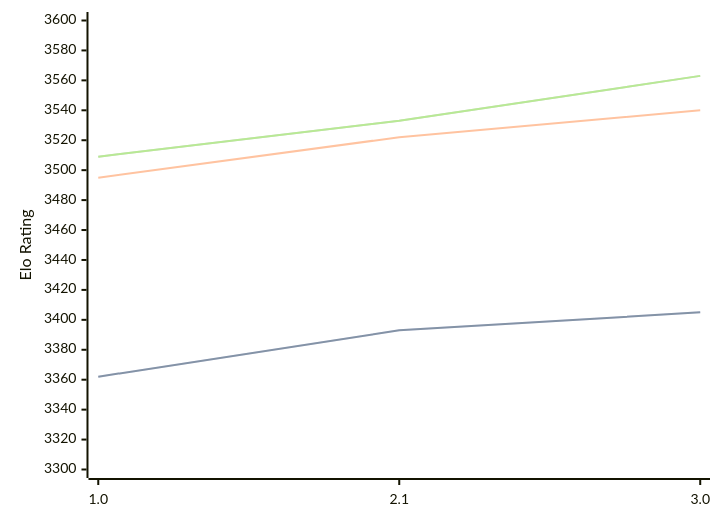
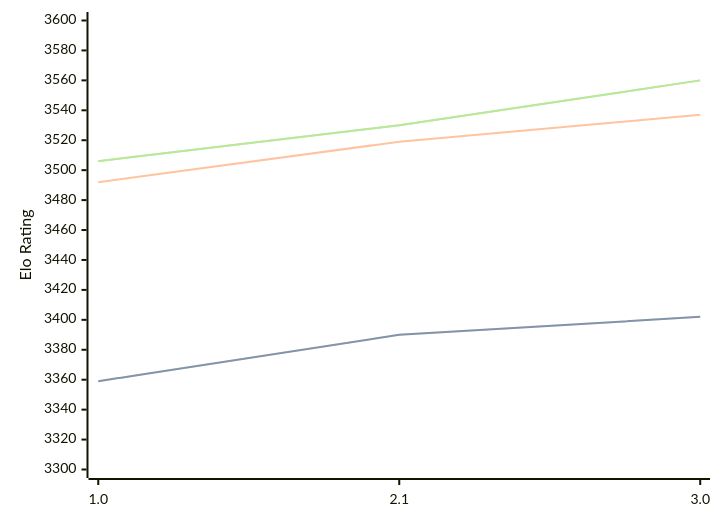
The diagram in engines/Hobbes.md (computer-chess-index/cci), drawn with Mermaid before and after one commit. The commit also changed other lines of this file, not shown here.

Commit message:
Update CCI Ratings (ELO VLTC) - 2026-08-12

````diff
--- a/engines/Hobbes.md
+++ b/engines/Hobbes.md
@@ -33,11 +33,11 @@
 ```mermaid
 %%{init: {"theme":"base","themeVariables":{"seriesColors:['#a3a3a3','#222221','#faa371']}}}%%
 xychart-beta
   x-axis ["1.0", "2.1", "3.0"]
   y-axis "Elo Rating" 3300 --> 3600
-  line "STC (8.0+0.08s)" [3362, 3393, 3405]
-  line "STC (8.0+0.08s)" [3362, 3393, 3405]
-  line "LTC (60.0+0.60s)" [3495, 3522, 3540]
-  line "VLTC (2m24s+1.12s)" [3509, 3533, 3563]
-  line "VLTC (2m24s+1.12s)" [3509, 3533, 3563]
+  line "STC (8.0+0.08s)" [3359, 3390, 3402]
+  line "STC (8.0+0.08s)" [3359, 3390, 3402]
+  line "LTC (60.0+0.60s)" [3492, 3519, 3537]
+  line "VLTC (2m24s+1.12s)" [3506, 3530, 3560]
+  line "VLTC (2m24s+1.12s)" [3506, 3530, 3560]
 ```
````
